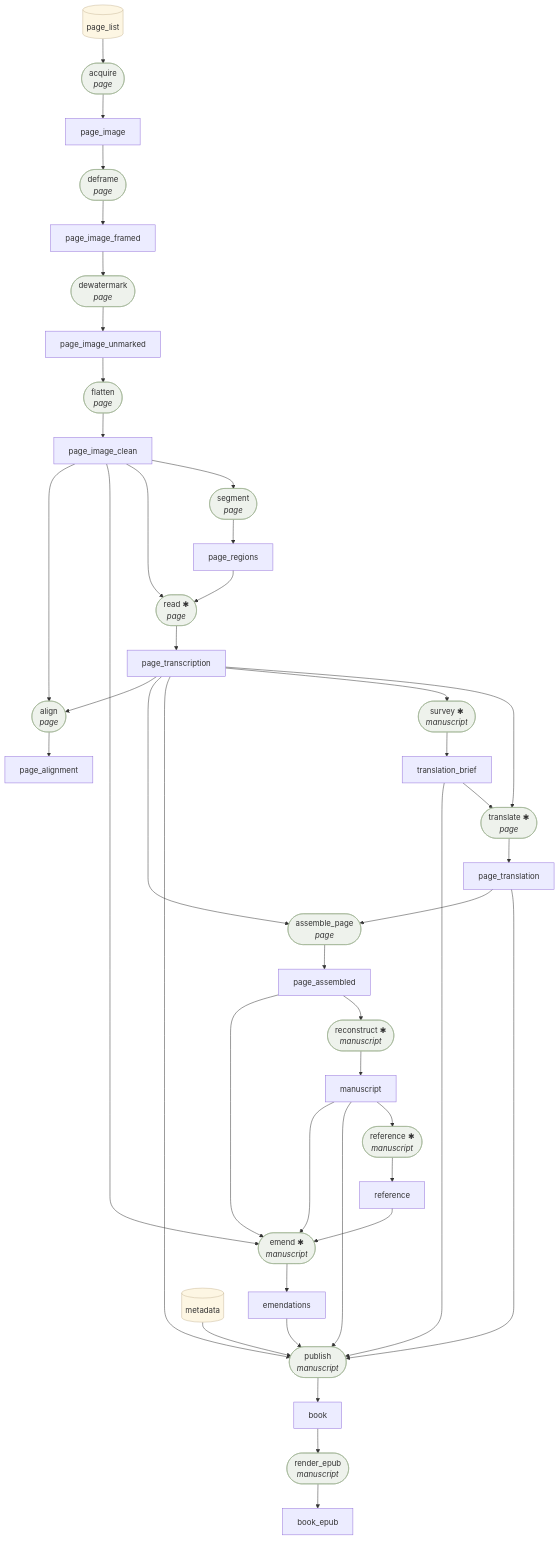
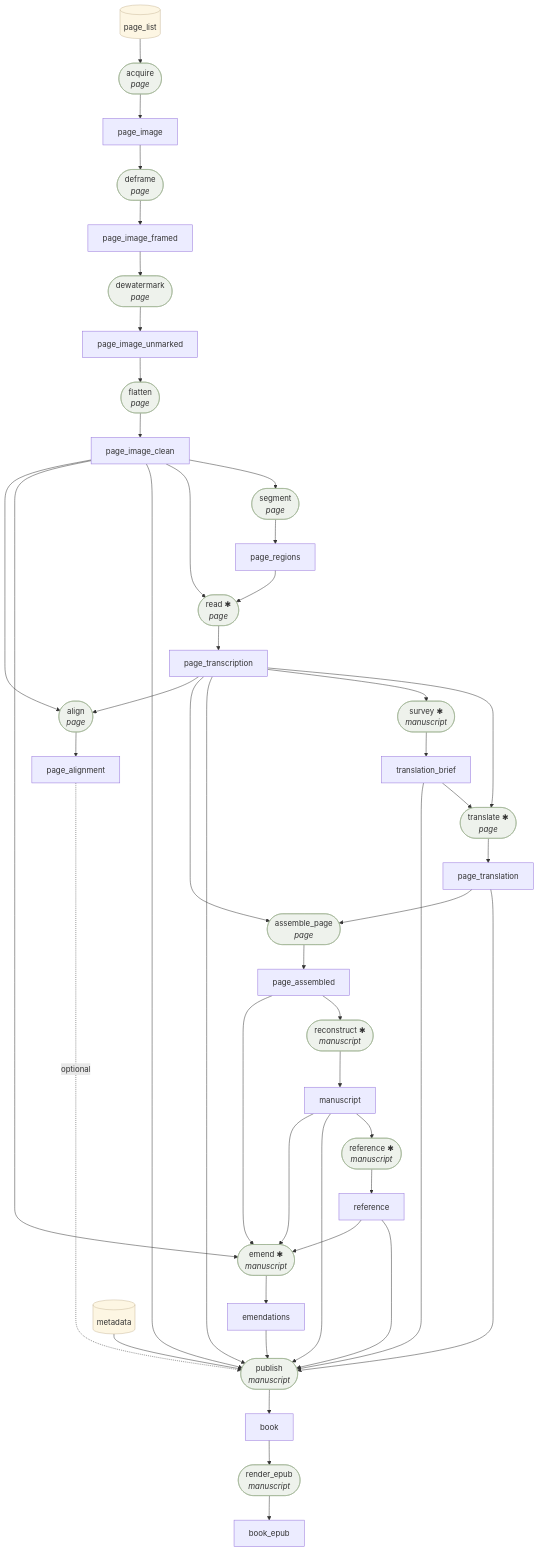
One commit to Dexin-Huang/palimpsest changed the diagram in docs/CONTRACTS.md. Above: the diagram before and after it, drawn with Mermaid. The commit also changed other lines of this file and 59 other files, not shown here.

```diff
--- a/docs/CONTRACTS.md
+++ b/docs/CONTRACTS.md
@@ -31,8 +31,11 @@
   kind_manuscript --> station_publish
   kind_translation_brief --> station_publish
   kind_page_transcription --> station_publish
+  kind_page_image_clean --> station_publish
   kind_page_translation --> station_publish
+  kind_reference --> station_publish
   kind_emendations --> station_publish
+  kind_page_alignment -. optional .-> station_publish
   station_publish --> kind_book
   kind_page_image_clean --> station_read
   kind_page_regions --> station_read
```
